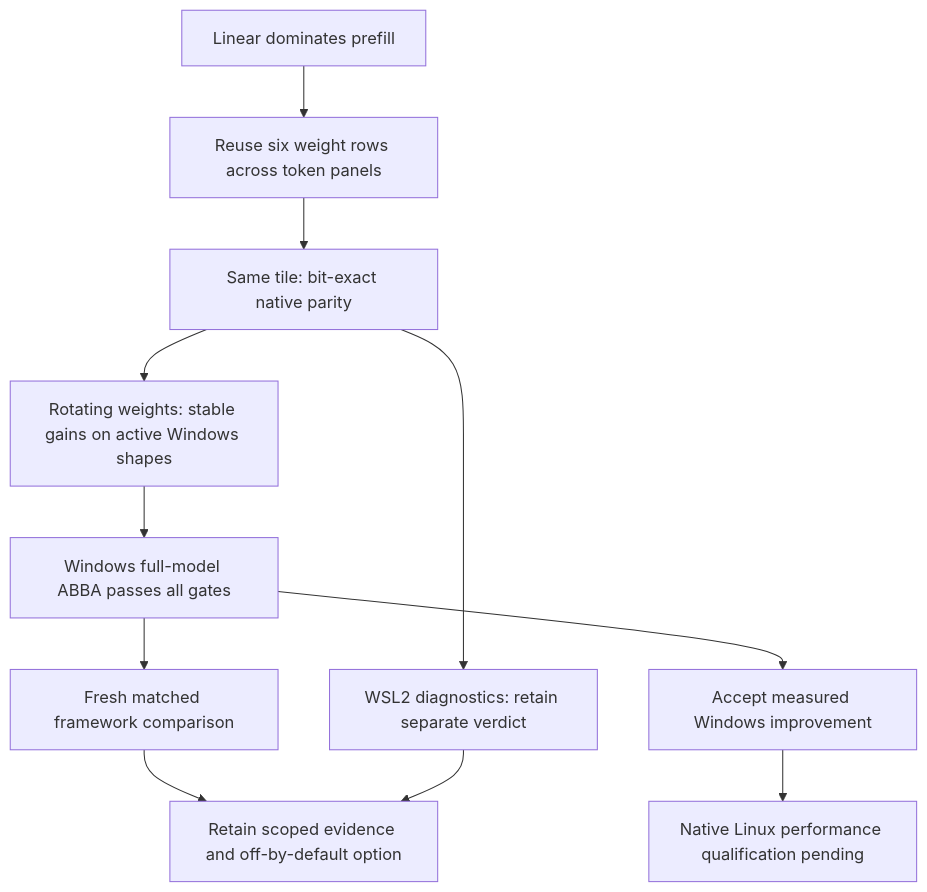
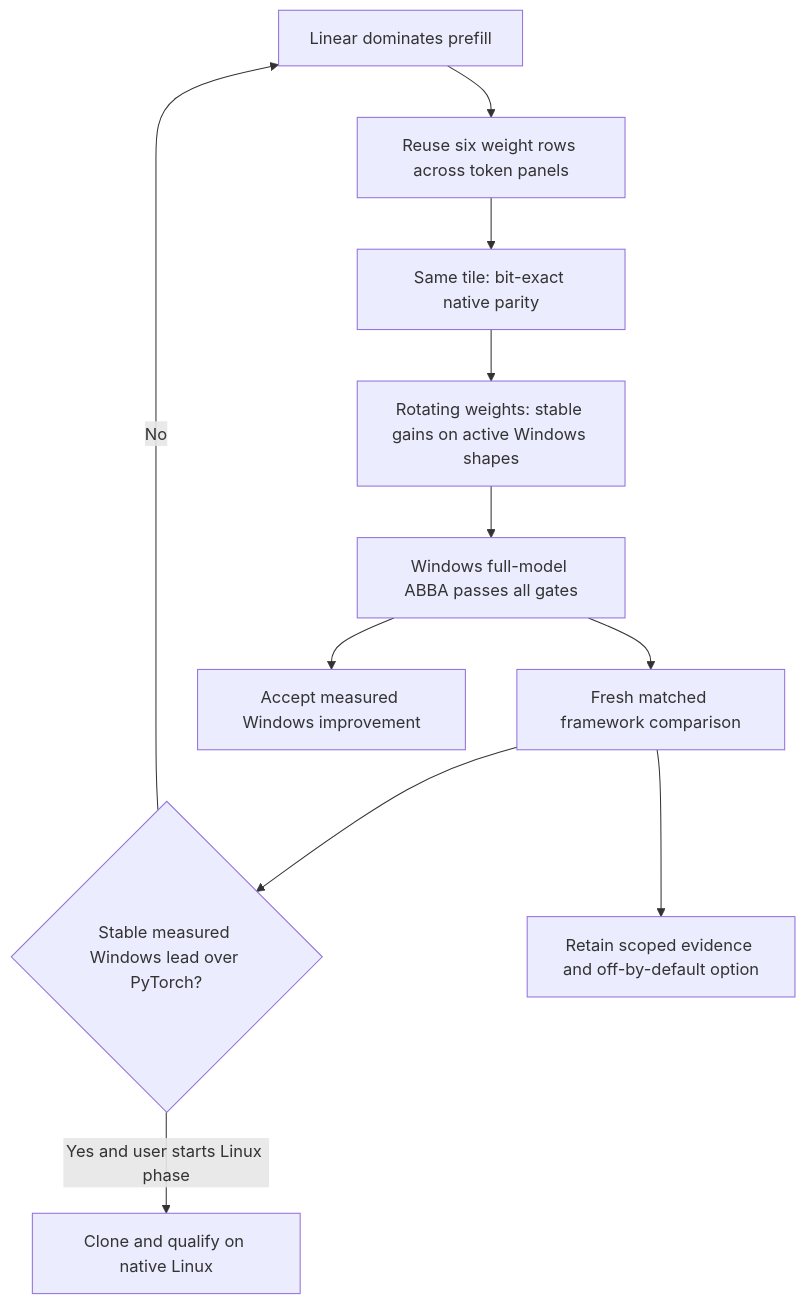
Before and after one commit to Nbit-51/Leaf: the diagram in docs/linear-row-reuse.md, drawn with Mermaid. The commit also changed other lines of this file and 1 other file, not shown here.

Commit message:
Focus current optimization phase exclusively on Windows

````diff
--- a/docs/linear-row-reuse.md
+++ b/docs/linear-row-reuse.md
@@ -169,13 +192,13 @@
 ```mermaid
 flowchart TD
     P[Linear dominates prefill] --> C[Reuse six weight rows across token panels]
     C --> Q[Same tile: bit-exact native parity]
     Q --> S[Rotating weights: stable gains on active Windows shapes]
     S --> W[Windows full-model ABBA passes all gates]
     W --> F[Fresh matched framework comparison]
     W --> A[Accept measured Windows improvement]
-    Q --> L[WSL2 diagnostics: retain separate verdict]
-    A --> N[Native Linux performance qualification pending]
+    F --> G{Stable measured Windows lead over PyTorch?}
+    G -->|No| P
+    G -->|Yes and user starts Linux phase| N[Clone and qualify on native Linux]
     F --> E[Retain scoped evidence and off-by-default option]
-    L --> E
 ```
````
